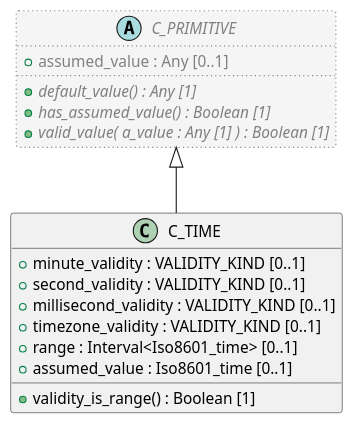
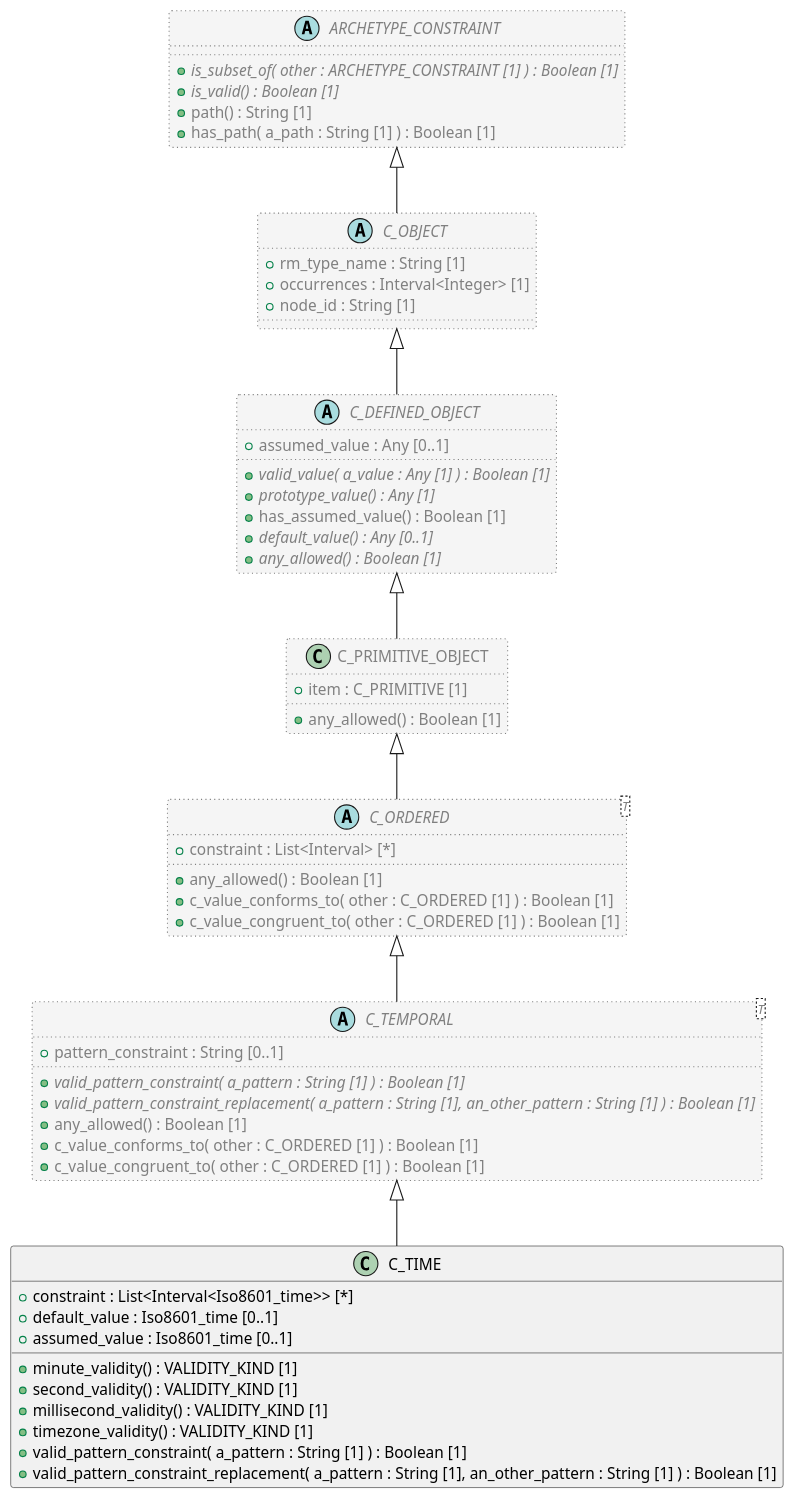
One commit to sebastian-iancu/code-generator changed the diagram in code/Adoc/openehr_am_2.3.0/plantUML/classes/org.openehr.am.aom2.c_time.adoc. Above: the diagram before and after it, drawn with PlantUML. The commit also changed 1228 other files, not shown here.

```diff
--- a/code/Adoc/openehr_am_2.3.0/plantUML/classes/org.openehr.am.aom2.c_time.adoc
+++ b/code/Adoc/openehr_am_2.3.0/plantUML/classes/org.openehr.am.aom2.c_time.adoc
@@ -1,26 +1,74 @@
 [plantuml,C_TIME,format=svg,svg-type="inline"]
 -----
 @startuml
 
 class C_TIME {
-  + minute_validity : VALIDITY_KIND [0..1]
-  + second_validity : VALIDITY_KIND [0..1]
-  + millisecond_validity : VALIDITY_KIND [0..1]
-  + timezone_validity : VALIDITY_KIND [0..1]
-  + range : Interval<Iso8601_time> [0..1]
+  + constraint : List<Interval<Iso8601_time>> [*]
+  + default_value : Iso8601_time [0..1]
   + assumed_value : Iso8601_time [0..1]
-  + validity_is_range() : Boolean [1]
+  + minute_validity() : VALIDITY_KIND [1]
+  + second_validity() : VALIDITY_KIND [1]
+  + millisecond_validity() : VALIDITY_KIND [1]
+  + timezone_validity() : VALIDITY_KIND [1]
+  + valid_pattern_constraint( a_pattern : String [1] ) : Boolean [1]
+  + valid_pattern_constraint_replacement( a_pattern : String [1], an_other_pattern : String [1] ) : Boolean [1]
 }
 
-abstract class C_PRIMITIVE  #whitesmoke;line:gray;line.dotted;text:gray {
-  + assumed_value : Any [0..1]
-  + {abstract} default_value() : Any [1]
-  + {abstract} has_assumed_value() : Boolean [1]
-  + {abstract} valid_value( a_value : Any [1] ) : Boolean [1]
+abstract class C_TEMPORAL <T>  #whitesmoke;line:gray;line.dotted;text:gray {
+  + pattern_constraint : String [0..1]
+  + {abstract} valid_pattern_constraint( a_pattern : String [1] ) : Boolean [1]
+  + {abstract} valid_pattern_constraint_replacement( a_pattern : String [1], an_other_pattern : String [1] ) : Boolean [1]
+  + any_allowed() : Boolean [1]
+  + c_value_conforms_to( other : C_ORDERED [1] ) : Boolean [1]
+  + c_value_congruent_to( other : C_ORDERED [1] ) : Boolean [1]
 }
 
-C_PRIMITIVE <|-- C_TIME
+abstract class C_ORDERED <T>  #whitesmoke;line:gray;line.dotted;text:gray {
+  + constraint : List<Interval> [*]
+  + any_allowed() : Boolean [1]
+  + c_value_conforms_to( other : C_ORDERED [1] ) : Boolean [1]
+  + c_value_congruent_to( other : C_ORDERED [1] ) : Boolean [1]
+}
+
+class C_PRIMITIVE_OBJECT  #whitesmoke;line:gray;line.dotted;text:gray {
+  + item : C_PRIMITIVE [1]
+  + any_allowed() : Boolean [1]
+}
+
+abstract class C_DEFINED_OBJECT  #whitesmoke;line:gray;line.dotted;text:gray {
+  + assumed_value : Any [0..1]
+  + {abstract} valid_value( a_value : Any [1] ) : Boolean [1]
+  + {abstract} prototype_value() : Any [1]
+  + has_assumed_value() : Boolean [1]
+  + {abstract} default_value() : Any [0..1]
+  + {abstract} any_allowed() : Boolean [1]
+}
+
+abstract class C_OBJECT  #whitesmoke;line:gray;line.dotted;text:gray {
+  + rm_type_name : String [1]
+  + occurrences : Interval<Integer> [1]
+  + node_id : String [1]
+}
+
+abstract class ARCHETYPE_CONSTRAINT  #whitesmoke;line:gray;line.dotted;text:gray {
+  + {abstract} is_subset_of( other : ARCHETYPE_CONSTRAINT [1] ) : Boolean [1]
+  + {abstract} is_valid() : Boolean [1]
+  + path() : String [1]
+  + has_path( a_path : String [1] ) : Boolean [1]
+}
+
+ARCHETYPE_CONSTRAINT <|-- C_OBJECT
+
+C_OBJECT <|-- C_DEFINED_OBJECT
+
+C_DEFINED_OBJECT <|-- C_PRIMITIVE_OBJECT
+
+C_PRIMITIVE_OBJECT <|-- C_ORDERED
+
+C_ORDERED <|-- C_TEMPORAL
+
+C_TEMPORAL <|-- C_TIME
 
 
 @enduml
 -----
```
